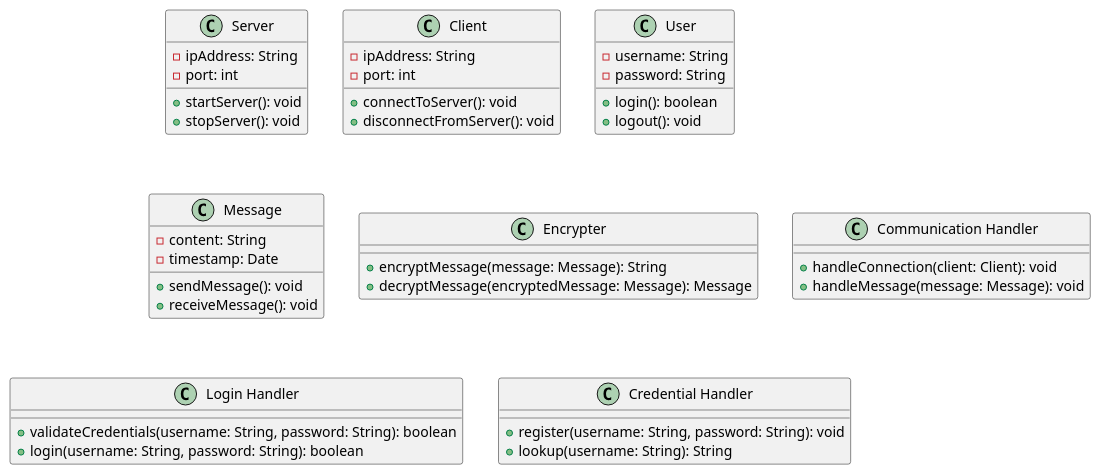
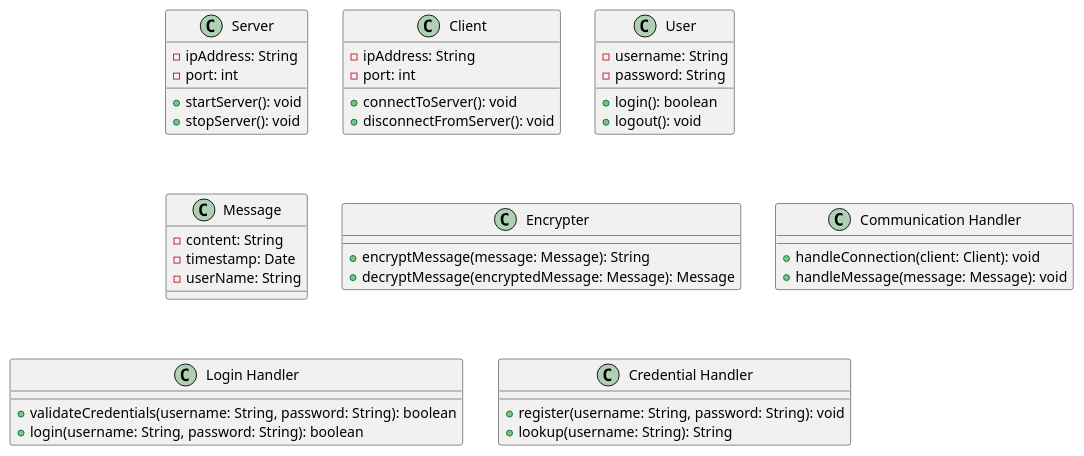
The diagram in docs/UML/class_diagram.puml (phajj/CSC2620_Hajj_Higgins_Palmer), drawn with PlantUML before and after one commit. The commit also changed 1 other file, not shown here.

Commit message:
Fixed Message Class

```diff
--- a/docs/UML/class_diagram.puml
+++ b/docs/UML/class_diagram.puml
@@ -1,51 +1,50 @@
 @startuml ClassDiagram
 
 class Server{
     - ipAddress: String
     - port: int
     + startServer(): void
     + stopServer(): void
 }
 
 class Client{
     - ipAddress: String
     - port: int
     + connectToServer(): void
     + disconnectFromServer(): void
 }
 
 class User{
     - username: String
     - password: String
     + login(): boolean
     + logout(): void
 }
 
 class Message{
     - content: String
     - timestamp: Date
-    + sendMessage(): void
-    + receiveMessage(): void
+    - userName: String
 }
 
 class Encrypter{
     + encryptMessage(message: Message): String
     + decryptMessage(encryptedMessage: Message): Message
 }
 
 class "Communication Handler"{
     + handleConnection(client: Client): void
     + handleMessage(message: Message): void
 }
 
 class "Login Handler"{
     + validateCredentials(username: String, password: String): boolean
     + login(username: String, password: String): boolean
 }
 
 class "Credential Handler"{
     + register(username: String, password: String): void
     + lookup(username: String): String
 }
 
 @enduml
```
